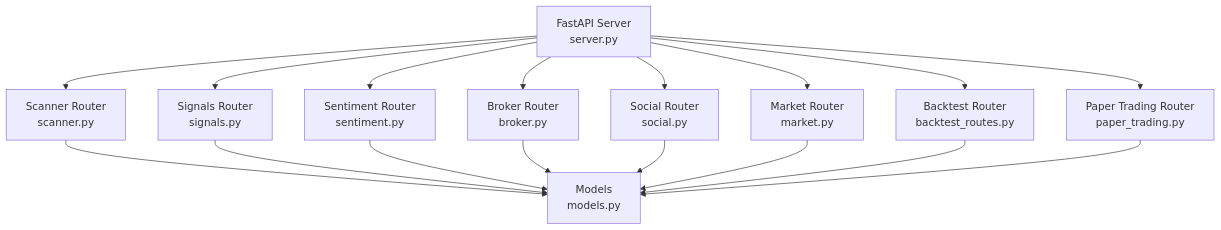
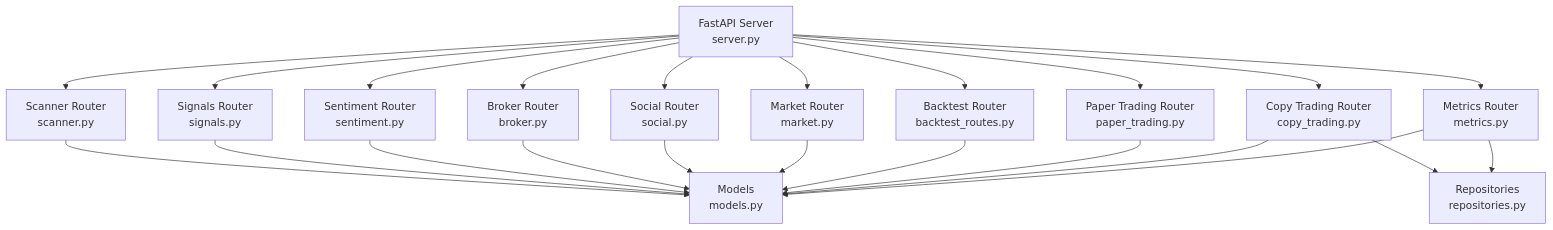
The first of 8 diagrams in .qoder/repowiki/en/content/Project Overview/Core Features/API Routes.md (cavraeg-eng/Trading-App), drawn with Mermaid before and after one commit. The commit also changed other lines of this file and 138 other files, not shown here.

First line of the commit message:
feat(LiveTrading): add MT5-style chart overlay for entry/SL/TP levels

````diff
--- a/.qoder/repowiki/en/content/Project Overview/Core Features/API Routes.md
+++ b/.qoder/repowiki/en/content/Project Overview/Core Features/API Routes.md
@@ -34,19 +46,25 @@
 ```mermaid
 graph TB
 Server["FastAPI Server<br/>server.py"] --> RouterScanner["Scanner Router<br/>scanner.py"]
 Server --> RouterSignals["Signals Router<br/>signals.py"]
 Server --> RouterSentiment["Sentiment Router<br/>sentiment.py"]
 Server --> RouterBroker["Broker Router<br/>broker.py"]
 Server --> RouterSocial["Social Router<br/>social.py"]
 Server --> RouterMarket["Market Router<br/>market.py"]
 Server --> RouterBacktest["Backtest Router<br/>backtest_routes.py"]
 Server --> RouterPaper["Paper Trading Router<br/>paper_trading.py"]
+Server --> RouterCopy["Copy Trading Router<br/>copy_trading.py"]
+Server --> RouterMetrics["Metrics Router<br/>metrics.py"]
 RouterScanner --> Models["Models<br/>models.py"]
 RouterSignals --> Models
 RouterSentiment --> Models
 RouterBroker --> Models
 RouterSocial --> Models
 RouterMarket --> Models
 RouterBacktest --> Models
 RouterPaper --> Models
+RouterCopy --> Models
+RouterMetrics --> Models
+RouterCopy --> Repositories["Repositories<br/>repositories.py"]
+RouterMetrics --> Repositories
 ```
````
